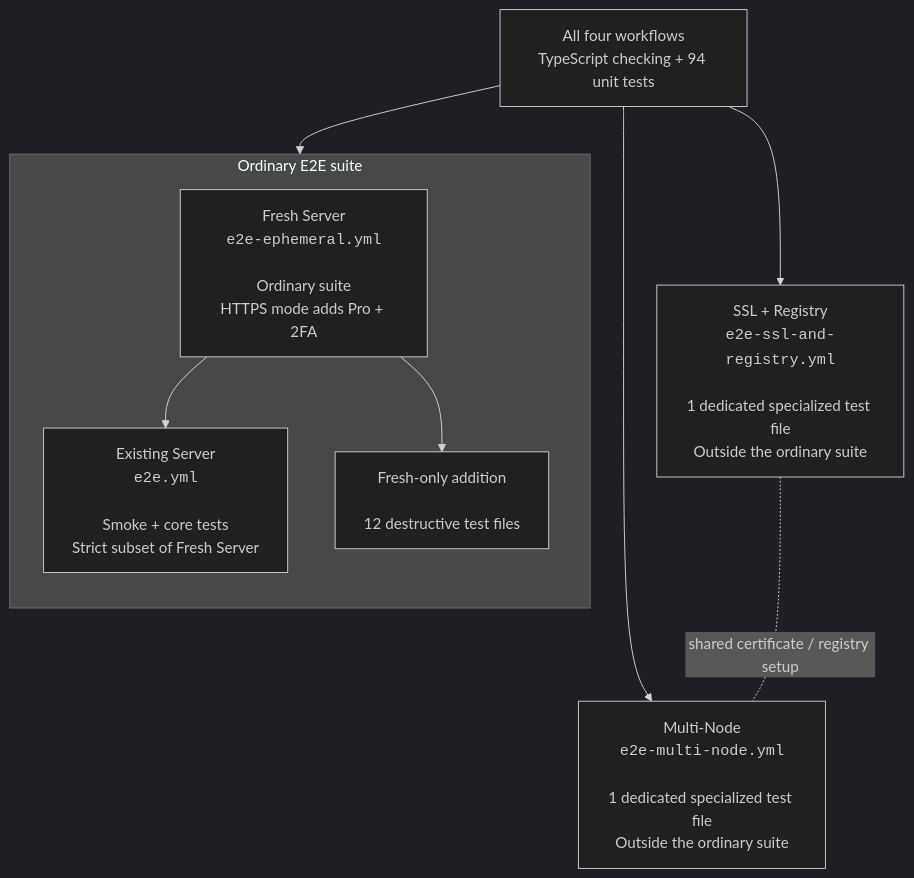
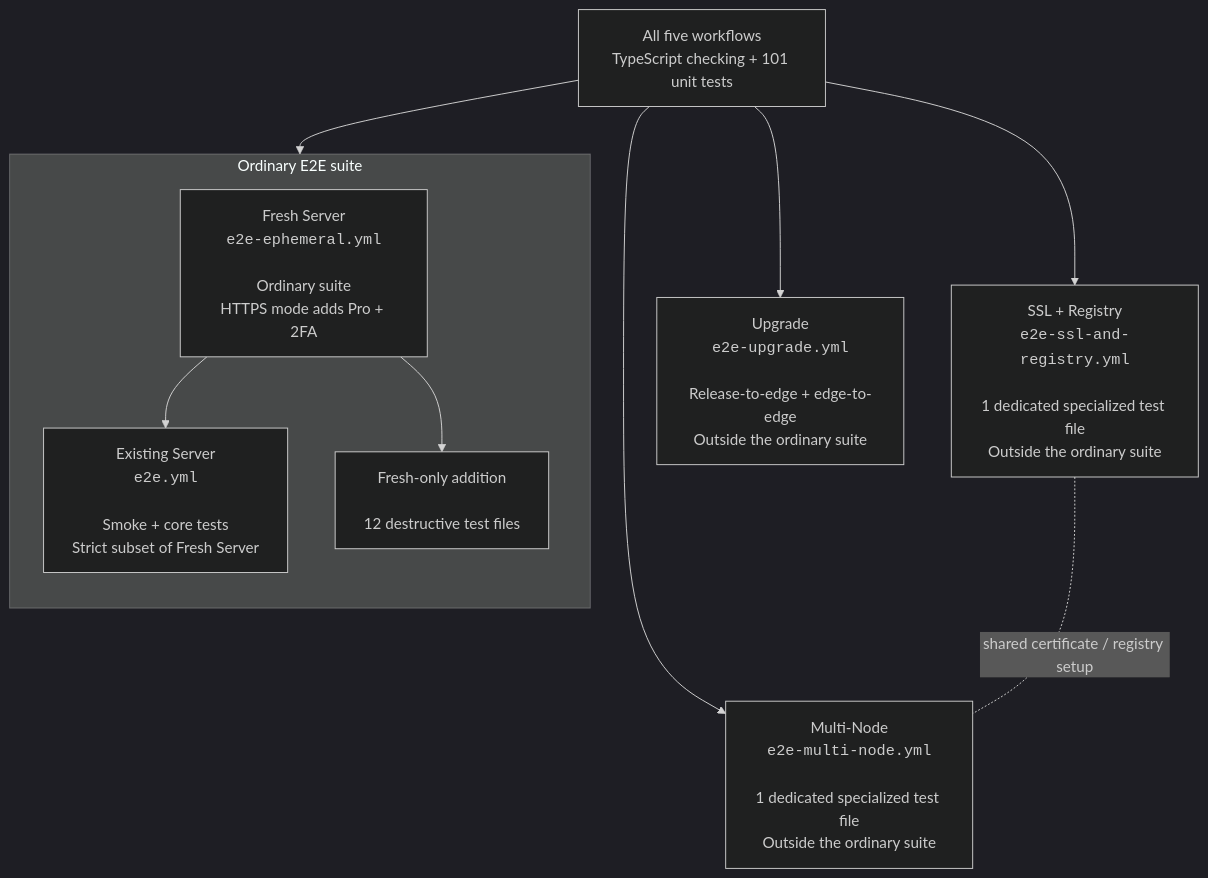
One commit to caprover/caprover-e2e changed the diagram in README.md. Above: the diagram before and after it, drawn with Mermaid (dark theme). The commit also changed other lines of this file, not shown here.

Commit message:
docs: update workflow coverage inventory

````diff
--- a/README.md
+++ b/README.md
@@ -117,27 +118,30 @@
 ```mermaid
 flowchart TB
-    ALL["All four workflows<br/>TypeScript checking + 94 unit tests"]
+    ALL["All five workflows<br/>TypeScript checking + 101 unit tests"]
 
     subgraph ORDINARY["Ordinary E2E suite"]
         direction TB
 
         FRESH["Fresh Server<br/><code>e2e-ephemeral.yml</code><br/><br/>Ordinary suite<br/>HTTPS mode adds Pro + 2FA"]
 
         EXISTING["Existing Server<br/><code>e2e.yml</code><br/><br/>Smoke + core tests<br/>Strict subset of Fresh Server"]
 
         EXTRA["Fresh-only addition<br/><br/>12 destructive test files"]
 
         FRESH --> EXISTING
         FRESH --> EXTRA
     end
 
     SSL["SSL + Registry<br/><code>e2e-ssl-and-registry.yml</code><br/><br/>1 dedicated specialized test file<br/>Outside the ordinary suite"]
 
     MULTI["Multi-Node<br/><code>e2e-multi-node.yml</code><br/><br/>1 dedicated specialized test file<br/>Outside the ordinary suite"]
 
+    UPGRADE["Upgrade<br/><code>e2e-upgrade.yml</code><br/><br/>Release-to-edge + edge-to-edge<br/>Outside the ordinary suite"]
+
     ALL --> FRESH
     ALL --> SSL
     ALL --> MULTI
+    ALL --> UPGRADE
 
     SSL -. shared certificate / registry setup .- MULTI
 ```
````
